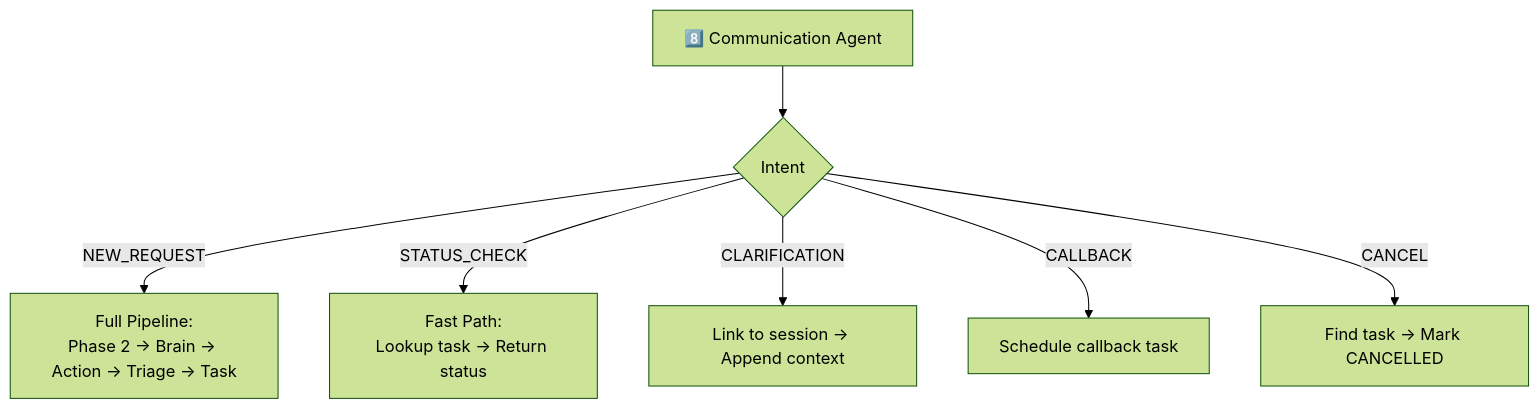
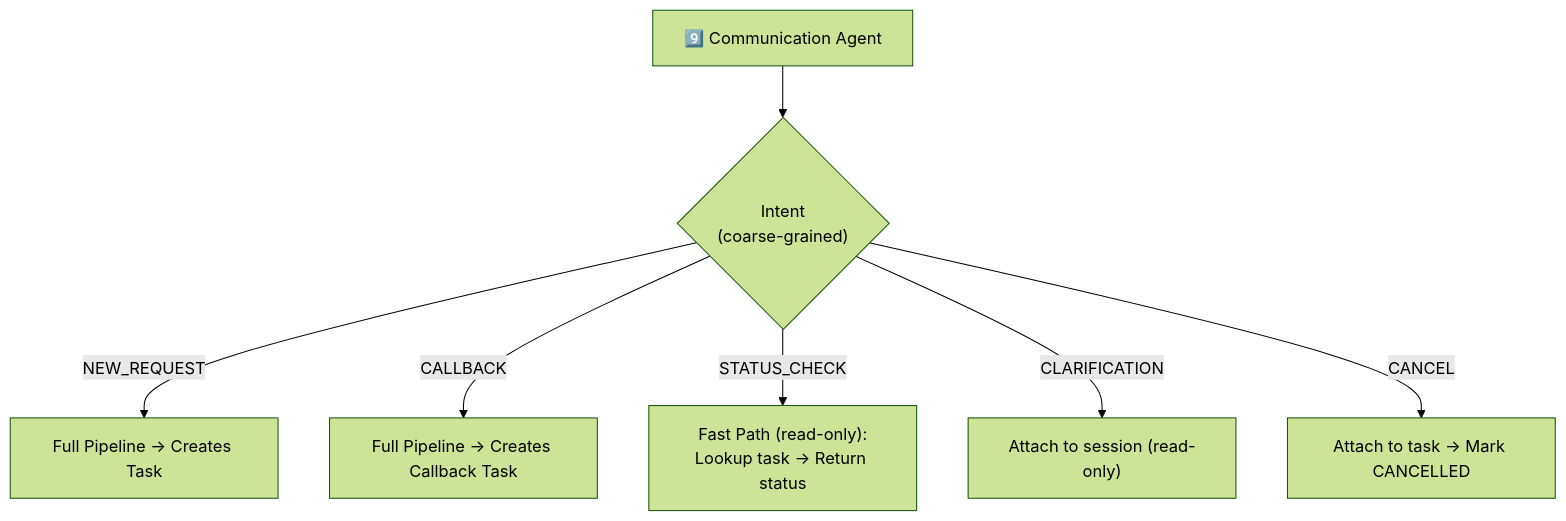
One commit to mohabnazmy/test changed the fourth of 16 diagrams in all.md. Above: the diagram before and after it, drawn with Mermaid (forest theme). The commit also changed other lines of this file, not shown here.

````diff
--- a/all.md
+++ b/all.md
@@ -252,10 +322,10 @@
 ```mermaid
 flowchart TB
-    Comm["8️⃣ Communication Agent"] --> Intent{"Intent"}
+    Comm["9️⃣ Communication Agent"] --> Intent{"Intent<br/>(coarse-grained)"}
     
-    Intent -->|"NEW_REQUEST"| NewPath["Full Pipeline:<br/>Phase 2 → Brain → Action → Triage → Task"]
-    Intent -->|"STATUS_CHECK"| StatusPath["Fast Path:<br/>Lookup task → Return status"]
-    Intent -->|"CLARIFICATION"| ClarifyPath["Link to session → Append context"]
-    Intent -->|"CALLBACK"| CallbackPath["Schedule callback task"]
-    Intent -->|"CANCEL"| CancelPath["Find task → Mark CANCELLED"]
+    Intent -->|"NEW_REQUEST"| NewPath["Full Pipeline → Creates Task"]
+    Intent -->|"CALLBACK"| CallbackPath["Full Pipeline → Creates Callback Task"]
+    Intent -->|"STATUS_CHECK"| StatusPath["Fast Path (read-only):<br/>Lookup task → Return status"]
+    Intent -->|"CLARIFICATION"| ClarifyPath["Attach to session (read-only)"]
+    Intent -->|"CANCEL"| CancelPath["Attach to task → Mark CANCELLED"]
 ```
````
